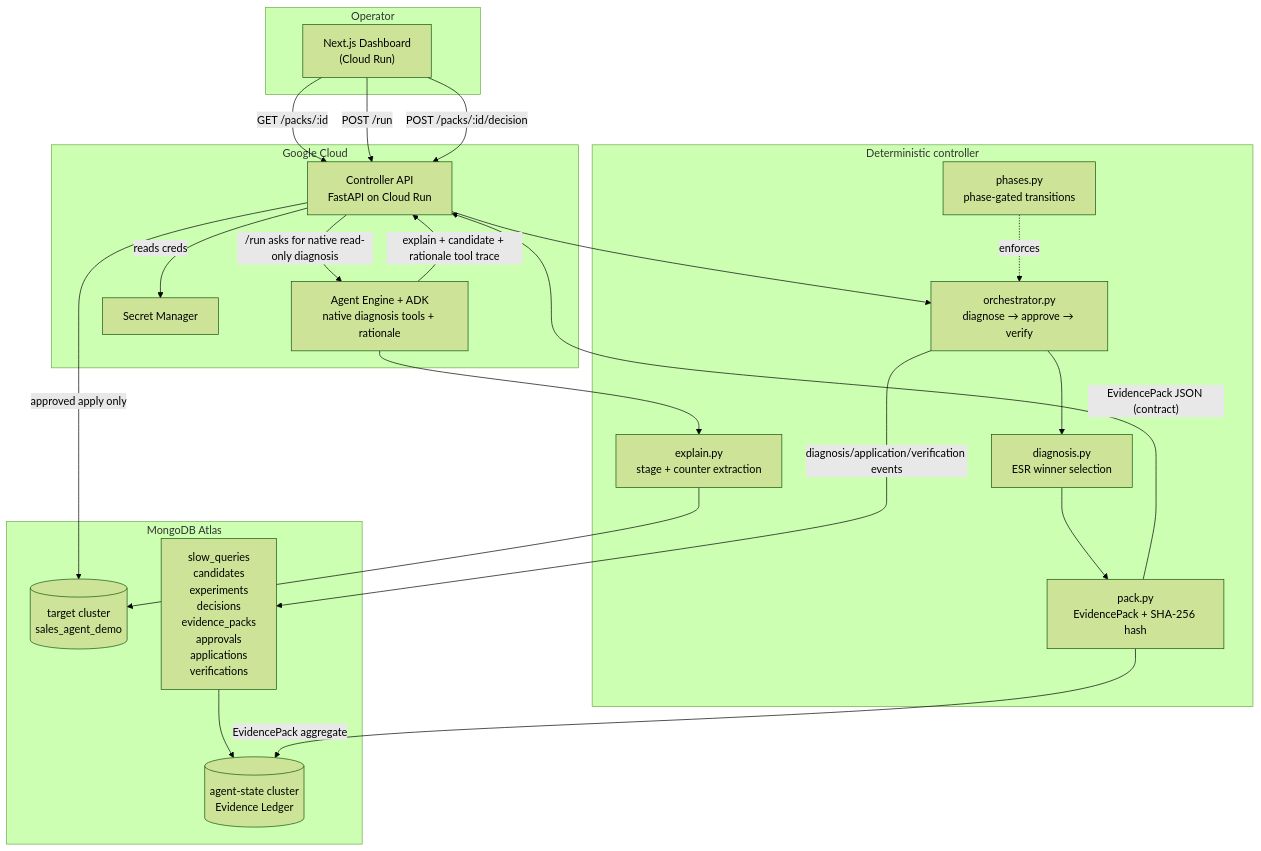
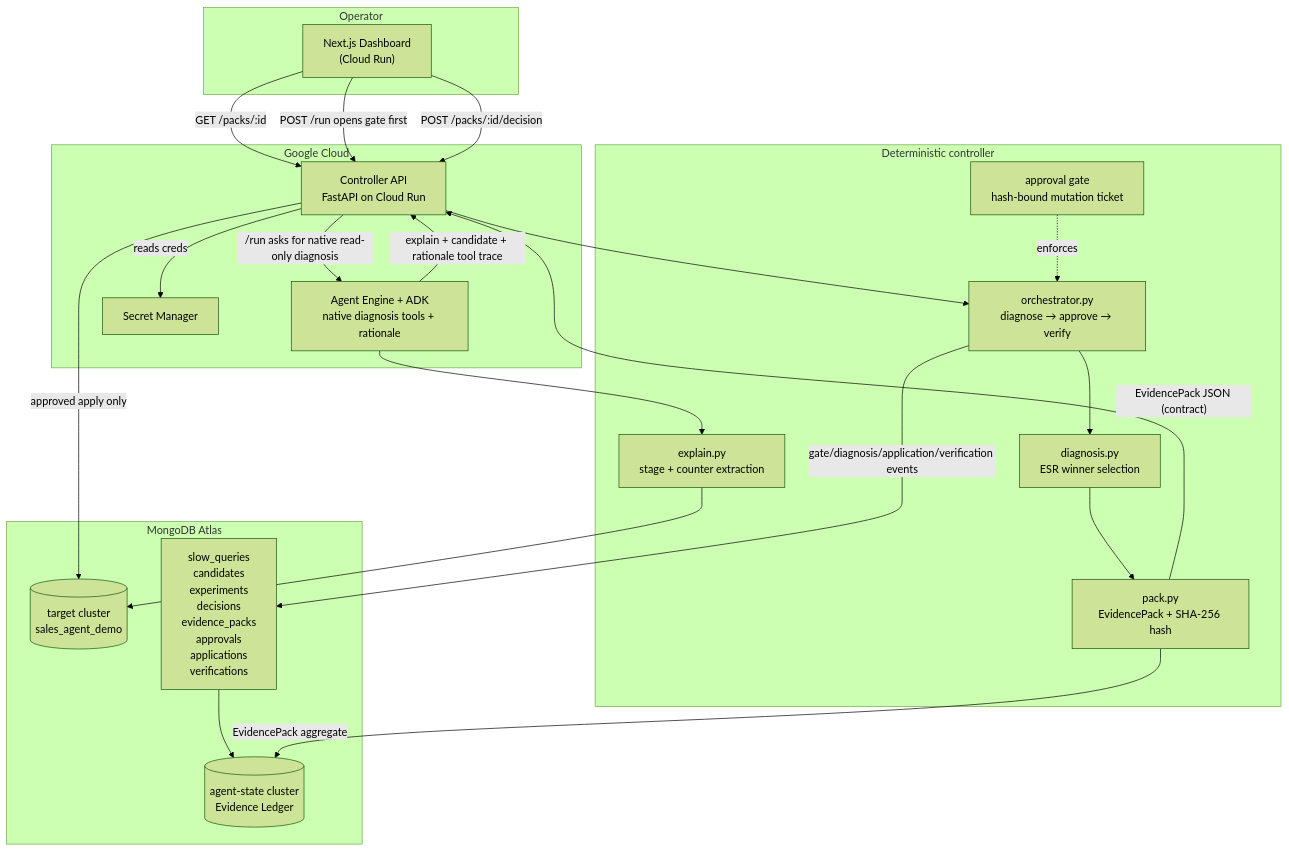
The diagram in demo/architecture.md (d3v07/googlecloudhack), drawn with Mermaid (forest theme) before and after one commit. The commit also changed other lines of this file and 37 other files, not shown here.

First line of the commit message:
feat: gate-first approval control plane

````diff
--- a/demo/architecture.md
+++ b/demo/architecture.md
@@ -14,42 +14,42 @@
 ```mermaid
 flowchart TB
     subgraph user["Operator"]
         DASH["Next.js Dashboard<br/>(Cloud Run)"]
     end
 
     subgraph gcp["Google Cloud"]
         API["Controller API<br/>FastAPI on Cloud Run"]
         AE["Agent Engine + ADK<br/>native diagnosis tools + rationale"]
         SM["Secret Manager"]
     end
 
     subgraph core["Deterministic controller"]
         EXPLAIN["explain.py<br/>stage + counter extraction"]
         DECIDE["diagnosis.py<br/>ESR winner selection"]
         PACK["pack.py<br/>EvidencePack + SHA-256 hash"]
-        GATE["phases.py<br/>phase-gated transitions"]
+        GATE["approval gate<br/>hash-bound mutation ticket"]
         ORCH["orchestrator.py<br/>diagnose → approve → verify"]
     end
 
     subgraph data["MongoDB Atlas"]
         TARGET[("target cluster<br/>sales_agent_demo")]
         STATE[("agent-state cluster<br/>Evidence Ledger")]
         LEDGER["slow_queries<br/>candidates<br/>experiments<br/>decisions<br/>evidence_packs<br/>approvals<br/>applications<br/>verifications"]
     end
 
     DASH -- "GET /packs/:id" --> API
-    DASH -- "POST /run" --> API
+    DASH -- "POST /run opens gate first" --> API
     DASH -- "POST /packs/:id/decision" --> API
     API -- "/run asks for native read-only diagnosis" --> AE
     AE -- "explain + candidate + rationale tool trace" --> API
     API --> ORCH
     AE --> EXPLAIN --> TARGET
     ORCH --> DECIDE --> PACK
     GATE -. enforces .-> ORCH
-    ORCH -- "diagnosis/application/verification events" --> LEDGER --> STATE
+    ORCH -- "gate/diagnosis/application/verification events" --> LEDGER --> STATE
     PACK -- "EvidencePack aggregate" --> STATE
     API -- "approved apply only" --> TARGET
     API -- reads creds --> SM
 
     PACK -- "EvidencePack JSON (contract)" --> API
 ```
````
